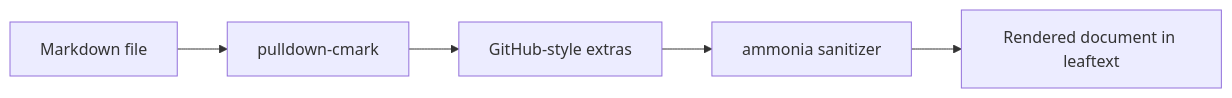
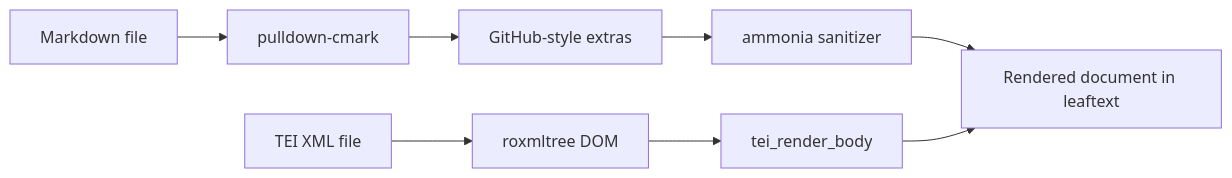
One commit to ryanallen/leaftext changed the first of 3 diagrams in docs/features/markdown-rendering.md. Above: the diagram before and after it, drawn with Mermaid. The commit also changed other lines of this file and 9 other files, not shown here.

First line of the commit message:
Add native TEI XML rendering and dynamic auto-glossary linking

````diff
--- a/docs/features/markdown-rendering.md
+++ b/docs/features/markdown-rendering.md
@@ -19,7 +20,10 @@
 ```mermaid
 flowchart LR
     A[Markdown file] --> B[pulldown-cmark]
     B --> C[GitHub-style extras]
     C --> D[ammonia sanitizer]
     D --> E[Rendered document in leaftext]
+    F[TEI XML file] --> G[roxmltree DOM]
+    G --> H[tei_render_body]
+    H --> E
 ```
````
